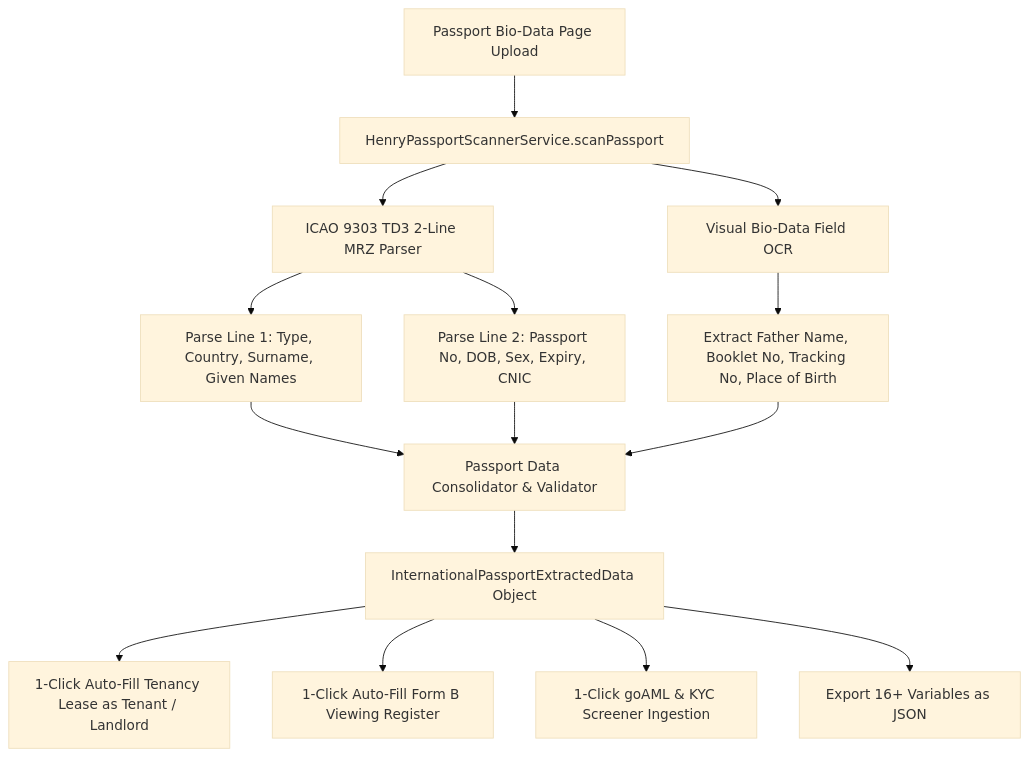
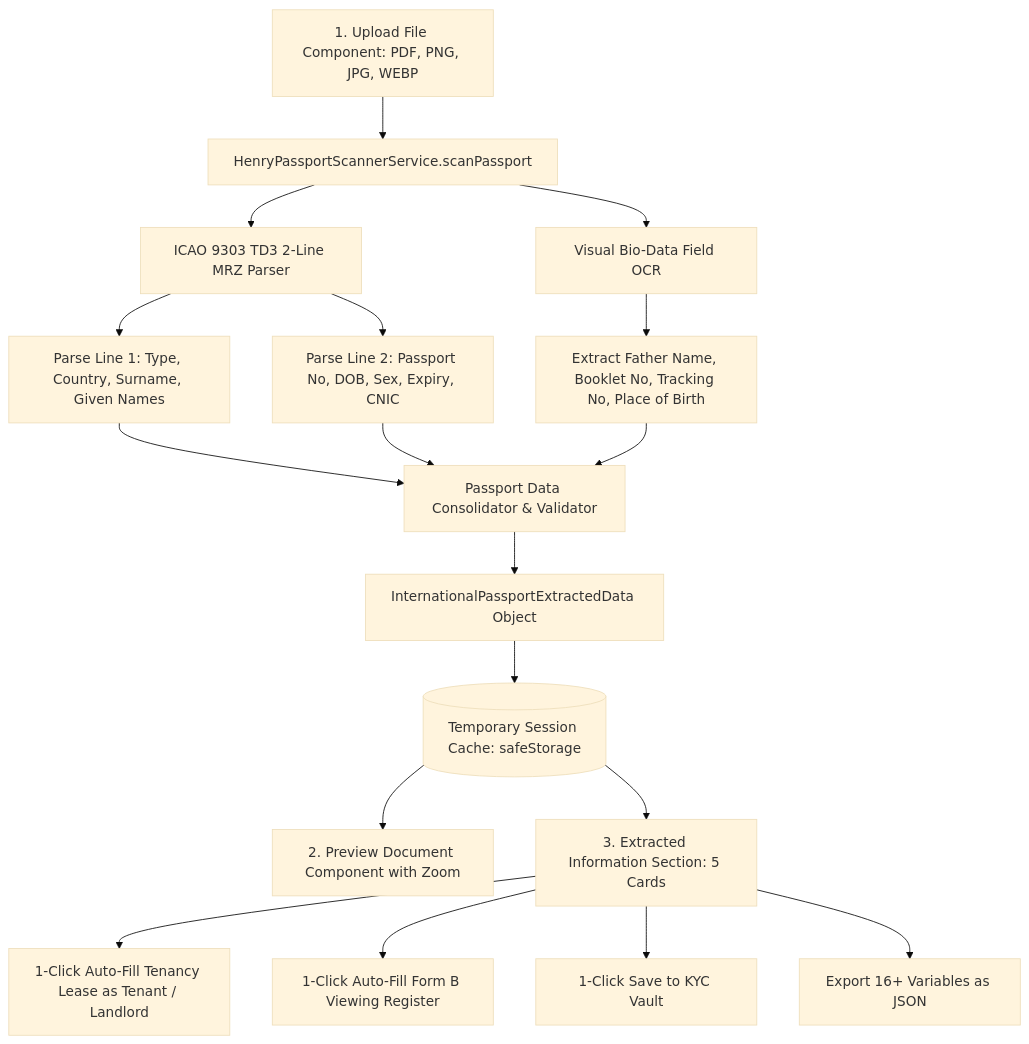
One commit to arslan9024/White-Caves changed the diagram in business_docs/henry_document_records_keeper/HENRY_PASSPORT_SCANNER_SDD.md. Above: the diagram before and after it, drawn with Mermaid (base theme). The commit also changed other lines of this file and 22 other files, not shown here.

Commit message:
feat(henry-ai): complete 3.19.1-3.19.5 optical document scanners with session caching and 3-part UI

````diff
--- a/business_docs/henry_document_records_keeper/HENRY_PASSPORT_SCANNER_SDD.md
+++ b/business_docs/henry_document_records_keeper/HENRY_PASSPORT_SCANNER_SDD.md
@@ -11,23 +12,27 @@
 ```mermaid
 graph TD
-    Upload[Passport Bio-Data Page Upload] --> Scanner[HenryPassportScannerService.scanPassport]
+    Upload[1. Upload File Component: PDF, PNG, JPG, WEBP] --> Scanner[HenryPassportScannerService.scanPassport]
     
     Scanner --> MRZParser[ICAO 9303 TD3 2-Line MRZ Parser]
     Scanner --> VisualOCR[Visual Bio-Data Field OCR]
 
     MRZParser --> Line1[Parse Line 1: Type, Country, Surname, Given Names]
     MRZParser --> Line2[Parse Line 2: Passport No, DOB, Sex, Expiry, CNIC]
 
     VisualOCR --> VisualFields[Extract Father Name, Booklet No, Tracking No, Place of Birth]
 
     Line1 --> Consolidator[Passport Data Consolidator & Validator]
     Line2 --> Consolidator
     VisualFields --> Consolidator
 
     Consolidator --> OutputPayload[InternationalPassportExtractedData Object]
+    OutputPayload --> SessionCache[(Temporary Session Cache: safeStorage)]
 
-    OutputPayload --> Action1[1-Click Auto-Fill Tenancy Lease as Tenant / Landlord]
-    OutputPayload --> Action2[1-Click Auto-Fill Form B Viewing Register]
-    OutputPayload --> Action3[1-Click goAML & KYC Screener Ingestion]
-    OutputPayload --> Action4[Export 16+ Variables as JSON]
+    SessionCache --> Preview[2. Preview Document Component with Zoom]
+    SessionCache --> ExtractionView[3. Extracted Information Section: 5 Cards]
+
+    ExtractionView --> Action1[1-Click Auto-Fill Tenancy Lease as Tenant / Landlord]
+    ExtractionView --> Action2[1-Click Auto-Fill Form B Viewing Register]
+    ExtractionView --> Action3[1-Click Save to KYC Vault]
+    ExtractionView --> Action4[Export 16+ Variables as JSON]
 ```
````
